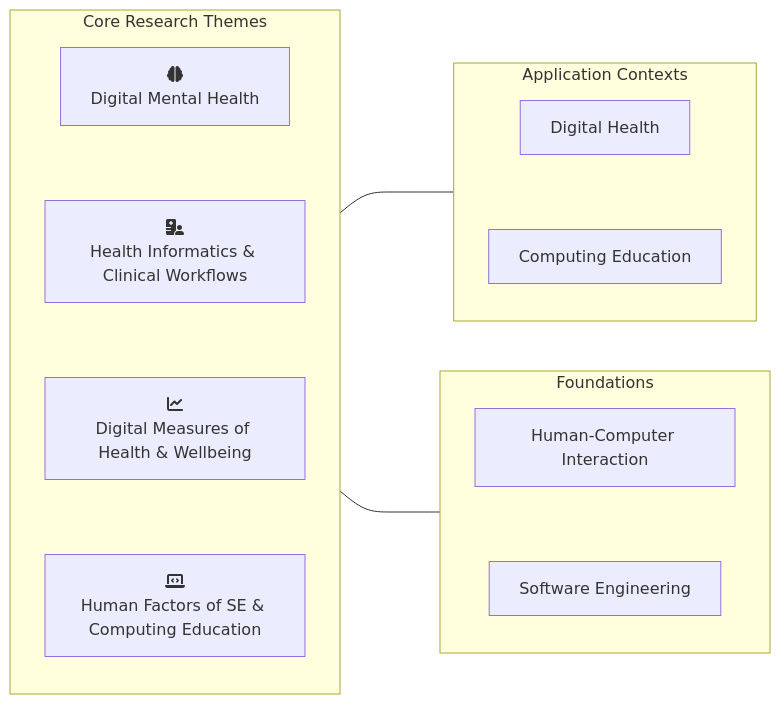
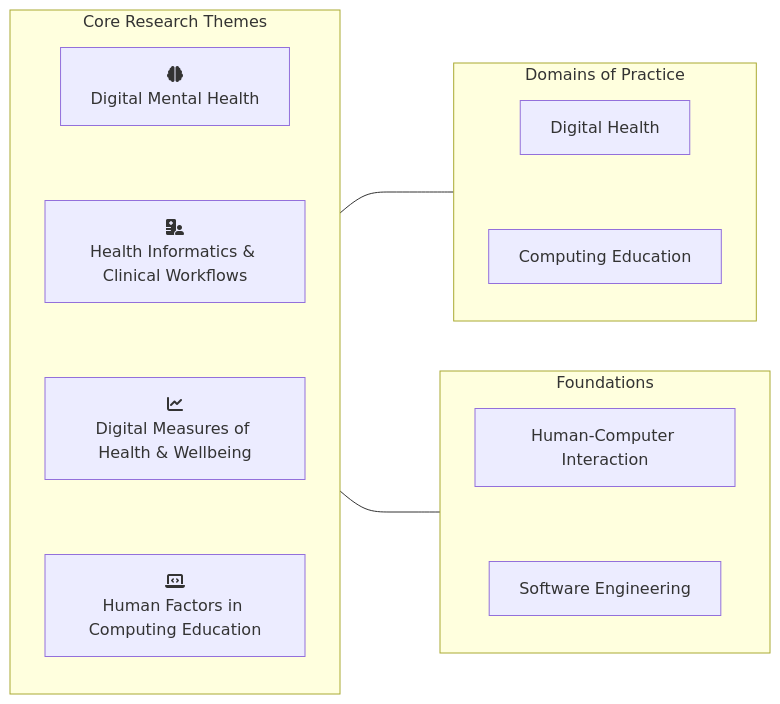
One commit to ChristopherBull/christopherbull.github.io changed the diagram in research/research-themes.md. Above: the diagram before and after it, drawn with Mermaid. The commit also changed other lines of this file, not shown here.

Commit message:
feat: update research themes overview to clarify domains of practice

````diff
--- a/research/research-themes.md
+++ b/research/research-themes.md
@@ -17,32 +17,32 @@
 ```mermaid
 flowchart LR
-    accTitle: Research Themes and Application Contexts Overview
-    accDescr: This diagram shows the foundations, core research themes, and application contexts of Christopher Bull's human-centred computing research. Foundational areas include Human-Computer Interaction and Software Engineering. All foundational topics inform the core research themes. Core themes include Digital Mental Health, Digital Measures of Health & Wellbeing, Health Informatics & Clinical Workflows, and Human Factors of Software Engineering & Computing Education. Application contexts are Digital Health, and Computing Education.
+    accTitle: Research Themes and Domains of Practice Overview
+    accDescr: This diagram shows the foundations, core research themes, and domains of practice of Christopher Bull's human-centred computing research. Foundational areas include Human-Computer Interaction and Software Engineering. All foundational topics inform the core research themes. Core themes include Digital Mental Health, Digital Measures of Health & Wellbeing, Health Informatics & Clinical Workflows, and Human Factors in Computing Education. Domains of practice are Digital Health and Computing Education.
 
     %% --- CORE RESEARCH THEMES ---
     subgraph T["Core Research Themes"]
         direction TB
         MH[<i class="fas fa-brain fa-fw" aria-hidden="true"></i><br>Digital Mental Health] ~~~
         HI[<i class="fas fa-hospital-user fa-fw" aria-hidden="true"></i><br>Health Informatics & Clinical Workflows] ~~~
         M[<i class="fas fa-chart-line fa-fw" aria-hidden="true"></i><br>Digital Measures of Health & Wellbeing] ~~~
-        E[<i class="fas fa-laptop-code fa-fw" aria-hidden="true"></i><br>Human Factors of SE & Computing Education]
+        E[<i class="fas fa-laptop-code fa-fw" aria-hidden="true"></i><br>Human Factors in Computing Education]
     end
 
-    %% --- APPLICATION CONTEXTS (to the top-right) ---
-    subgraph C["Application Contexts"]
+    %% --- DOMAINS OF PRACTICE (to the top-right) ---
+    subgraph C["Domains of Practice"]
         direction TB
         DH[Digital Health] ~~~
         CE[Computing Education]
     end
 
     %% --- FOUNDATIONS (to the bottom-right) ---
     subgraph F["Foundations"]
         direction TB
         HCI[Human-Computer Interaction] ~~~
         SE[Software Engineering]
     end
 
     %% --- STRUCTURAL RELATIONSHIPS ---
     T <--- C
     T <--- F
 ```
````
